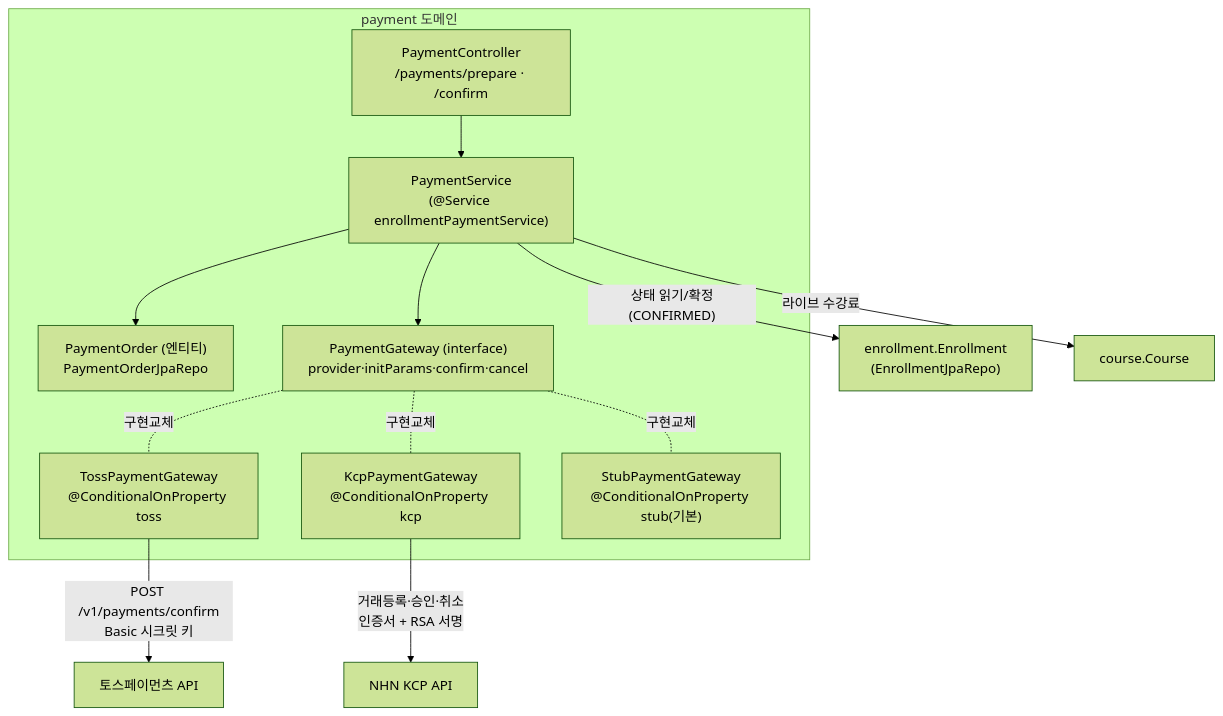
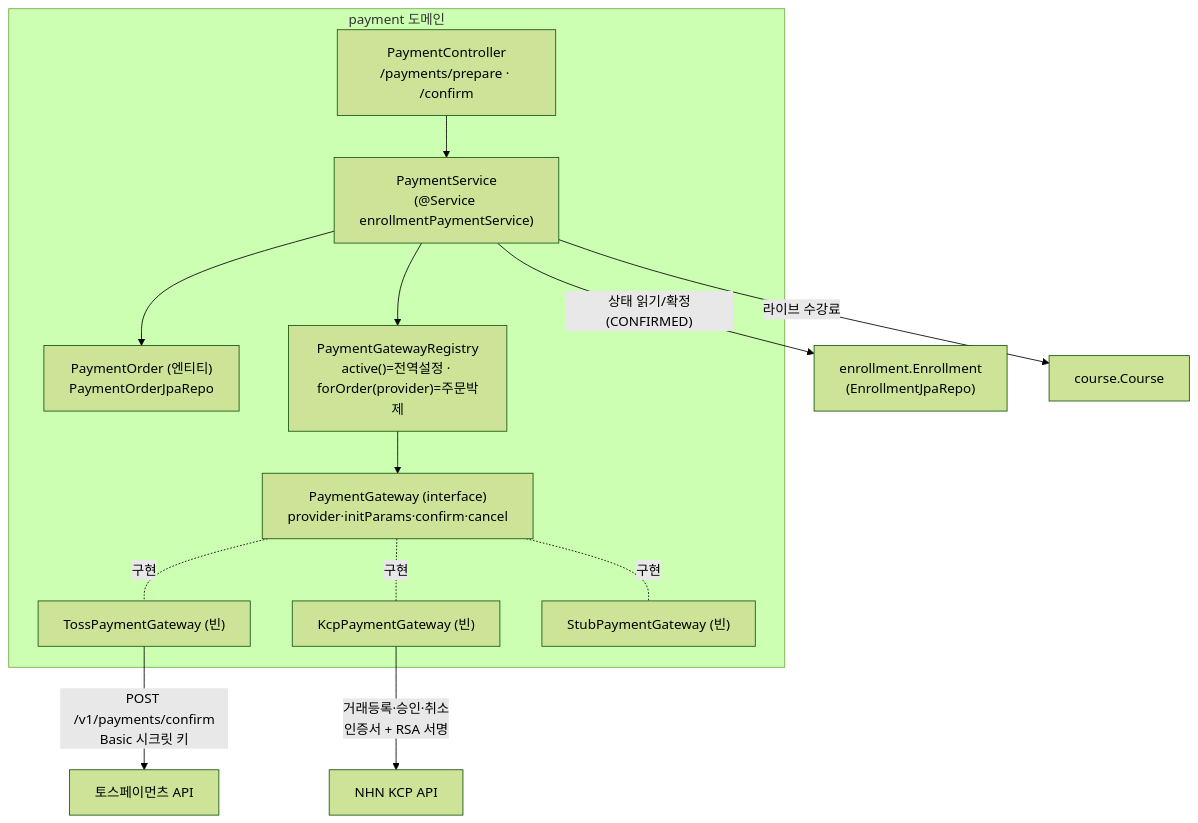
One commit to pungdong/Pungdong-Backend changed the first of 3 diagrams in docs/architecture/payment.md. Above: the diagram before and after it, drawn with Mermaid (forest theme). The commit also changed other lines of this file and 17 other files, not shown here.

````diff
--- a/docs/architecture/payment.md
+++ b/docs/architecture/payment.md
@@ -11,22 +11,24 @@
 ```mermaid
 flowchart TB
     subgraph payment["payment 도메인"]
         Ctl["PaymentController<br/>/payments/prepare · /confirm"]
         Svc["PaymentService<br/>(@Service enrollmentPaymentService)"]
         Order["PaymentOrder (엔티티)<br/>PaymentOrderJpaRepo"]
+        Reg["PaymentGatewayRegistry<br/>active()=전역설정 · forOrder(provider)=주문박제"]
         Client["PaymentGateway (interface)<br/>provider·initParams·confirm·cancel"]
-        Toss1["TossPaymentGateway<br/>@ConditionalOnProperty toss"]
-        Kcp["KcpPaymentGateway<br/>@ConditionalOnProperty kcp"]
-        Stub["StubPaymentGateway<br/>@ConditionalOnProperty stub(기본)"]
+        Toss1["TossPaymentGateway (빈)"]
+        Kcp["KcpPaymentGateway (빈)"]
+        Stub["StubPaymentGateway (빈)"]
     end
     Ctl --> Svc
     Svc --> Order
-    Svc --> Client
-    Client -. 구현교체 .- Toss1
-    Client -. 구현교체 .- Kcp
-    Client -. 구현교체 .- Stub
+    Svc --> Reg
+    Reg --> Client
+    Client -. 구현 .- Toss1
+    Client -. 구현 .- Kcp
+    Client -. 구현 .- Stub
     Svc -- "상태 읽기/확정(CONFIRMED)" --> Enr["enrollment.Enrollment<br/>(EnrollmentJpaRepo)"]
     Svc -- "라이브 수강료" --> Course["course.Course"]
     Toss1 -- "POST /v1/payments/confirm<br/>Basic 시크릿 키" --> TossApi["토스페이먼츠 API"]
     Kcp -- "거래등록·승인·취소<br/>인증서 + RSA 서명" --> KcpApi["NHN KCP API"]
 ```
````
